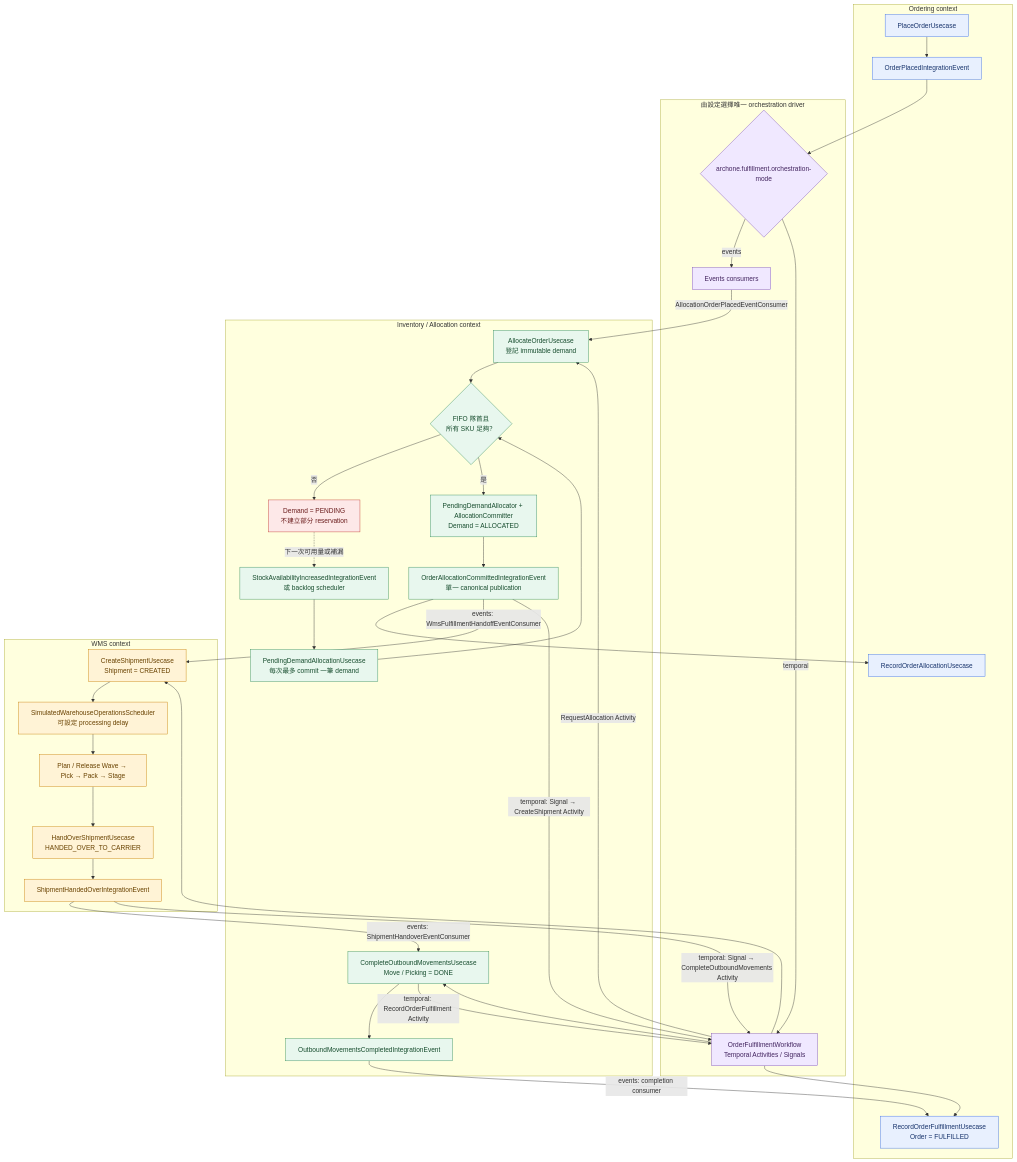
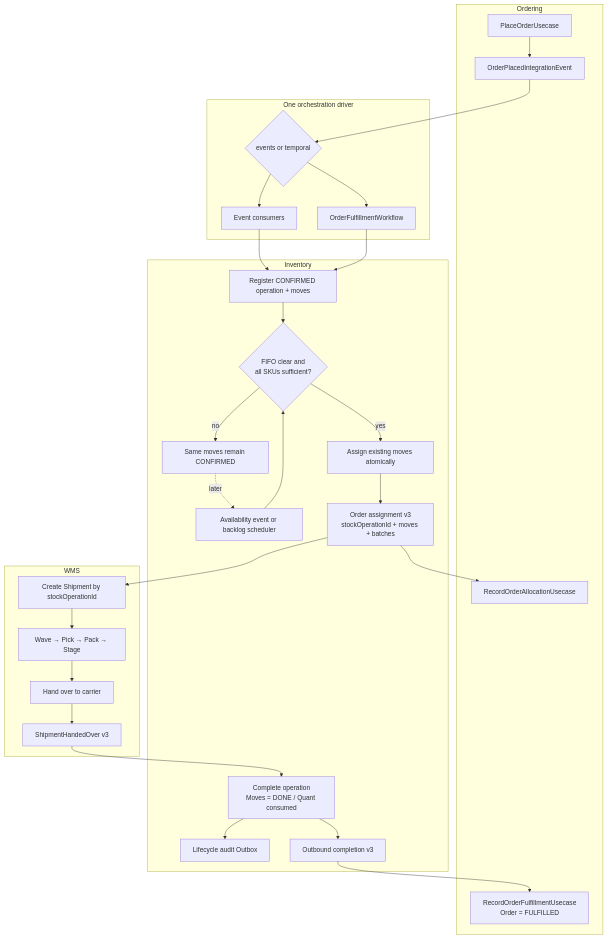
The diagram in docs/order-fulfillment-stock-to-shipment.mmd (zhjiangexe/order-allocation-arch-demo), drawn with Mermaid before and after one commit. The commit also changed 718 other files, not shown here.

Commit message:
refactor(inventory): make stock movements the allocation core

```diff
--- a/docs/order-fulfillment-stock-to-shipment.mmd
+++ b/docs/order-fulfillment-stock-to-shipment.mmd
@@ -1,69 +1,47 @@
-%% 從接單、配貨、WMS handover 到完成出庫；producer 不因 orchestration mode 分叉。
 flowchart TB
-  subgraph O[Ordering context]
+  subgraph O[Ordering]
     PLACE[PlaceOrderUsecase]
     OP[OrderPlacedIntegrationEvent]
     PROJECT[RecordOrderAllocationUsecase]
     FINISH[RecordOrderFulfillmentUsecase<br/>Order = FULFILLED]
   end
 
-  subgraph DRIVER[由設定選擇唯一 orchestration driver]
-    MODE{archone.fulfillment.orchestration-mode}
-    EVENTS[Events consumers]
-    TEMPORAL[OrderFulfillmentWorkflow<br/>Temporal Activities / Signals]
+  subgraph DRIVER[One orchestration driver]
+    MODE{events or temporal}
+    EVENTS[Event consumers]
+    TEMPORAL[OrderFulfillmentWorkflow]
   end
 
-  subgraph I[Inventory / Allocation context]
-    ALLOCATE[AllocateOrderUsecase<br/>登記 immutable demand]
-    DEC{FIFO 隊首且<br/>所有 SKU 足夠？}
-    PENDING[Demand = PENDING<br/>不建立部分 reservation]
-    WAKE[StockAvailabilityIncreasedIntegrationEvent<br/>或 backlog scheduler]
-    RETRY[PendingDemandAllocationUsecase<br/>每次最多 commit 一筆 demand]
-    COMMIT[PendingDemandAllocator + AllocationCommitter<br/>Demand = ALLOCATED]
-    AC[OrderAllocationCommittedIntegrationEvent<br/>單一 canonical publication]
-    OUTBOUND[CompleteOutboundMovementsUsecase<br/>Move / Picking = DONE]
-    OC[OutboundMovementsCompletedIntegrationEvent]
+  subgraph I[Inventory]
+    REGISTER[Register CONFIRMED operation + moves]
+    DECIDE{FIFO clear and<br/>all SKUs sufficient?}
+    WAIT[Same moves remain CONFIRMED]
+    WAKE[Availability event or backlog scheduler]
+    ASSIGN[Assign existing moves atomically]
+    FACT[Order assignment v3<br/>stockOperationId + moves + batches]
+    COMPLETE[Complete operation<br/>Moves = DONE / Quant consumed]
+    AUDIT[Lifecycle audit Outbox]
+    OC[Outbound completion v3]
   end
 
-  subgraph W[WMS context]
-    CREATE[CreateShipmentUsecase<br/>Shipment = CREATED]
-    SIM[SimulatedWarehouseOperationsScheduler<br/>可設定 processing delay]
-    OPS[Plan / Release Wave → Pick → Pack → Stage]
-    HAND[HandOverShipmentUsecase<br/>HANDED_OVER_TO_CARRIER]
-    SH[ShipmentHandedOverIntegrationEvent]
+  subgraph W[WMS]
+    CREATE[Create Shipment by stockOperationId]
+    OPS[Wave → Pick → Pack → Stage]
+    HAND[Hand over to carrier]
+    SH[ShipmentHandedOver v3]
   end
 
   PLACE --> OP --> MODE
-  MODE -->|events| EVENTS
-  MODE -->|temporal| TEMPORAL
-  EVENTS -->|AllocationOrderPlacedEventConsumer| ALLOCATE
-  TEMPORAL -->|RequestAllocation Activity| ALLOCATE
-  ALLOCATE --> DEC
-  DEC -->|否| PENDING
-  PENDING -. 下一次可用量或補漏 .-> WAKE --> RETRY --> DEC
-  DEC -->|是| COMMIT --> AC
-
-  AC --> PROJECT
-  AC -->|events: WmsFulfillmentHandoffEventConsumer| CREATE
-  AC -->|temporal: Signal → CreateShipment Activity| TEMPORAL
-  TEMPORAL --> CREATE
-
-  CREATE --> SIM --> OPS --> HAND --> SH
-  SH -->|events: ShipmentHandoverEventConsumer| OUTBOUND
-  SH -->|temporal: Signal → CompleteOutboundMovements Activity| TEMPORAL
-  TEMPORAL --> OUTBOUND
-  OUTBOUND --> OC
-  OC -->|events: completion consumer| FINISH
-  OUTBOUND -->|temporal: RecordOrderFulfillment Activity| TEMPORAL
-  TEMPORAL --> FINISH
-
-  classDef order fill:#E8F0FE,stroke:#356AE6,color:#17336B;
-  classDef inventory fill:#E8F7EE,stroke:#2E8B57,color:#174D2E;
-  classDef wms fill:#FFF3D6,stroke:#C77D00,color:#694200;
-  classDef driver fill:#F0E8FF,stroke:#7B4BB7,color:#42245F;
-  classDef wait fill:#FDE8E8,stroke:#C0392B,color:#6B1D1D;
-  class PLACE,OP,PROJECT,FINISH order;
-  class ALLOCATE,DEC,WAKE,RETRY,COMMIT,AC,OUTBOUND,OC inventory;
-  class CREATE,SIM,OPS,HAND,SH wms;
-  class MODE,EVENTS,TEMPORAL driver;
-  class PENDING wait;
+  MODE --> EVENTS
+  MODE --> TEMPORAL
+  EVENTS --> REGISTER
+  TEMPORAL --> REGISTER
+  REGISTER --> DECIDE
+  DECIDE -- no --> WAIT
+  WAIT -. later .-> WAKE --> DECIDE
+  DECIDE -- yes --> ASSIGN --> FACT
+  FACT --> PROJECT
+  FACT --> CREATE
+  CREATE --> OPS --> HAND --> SH
+  SH --> COMPLETE --> AUDIT
+  COMPLETE --> OC --> FINISH
```
